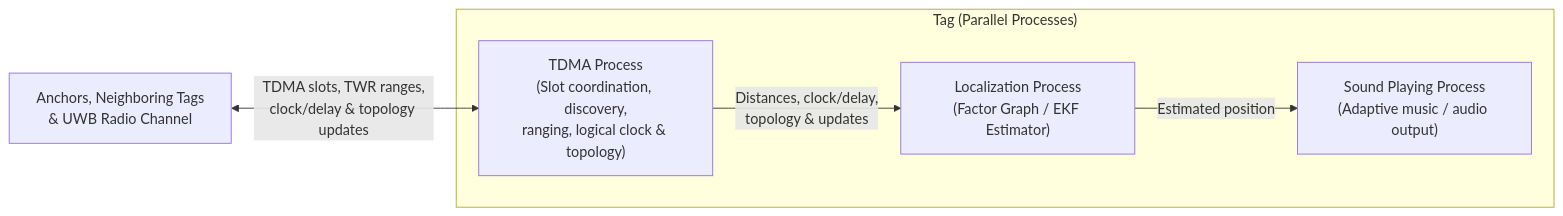
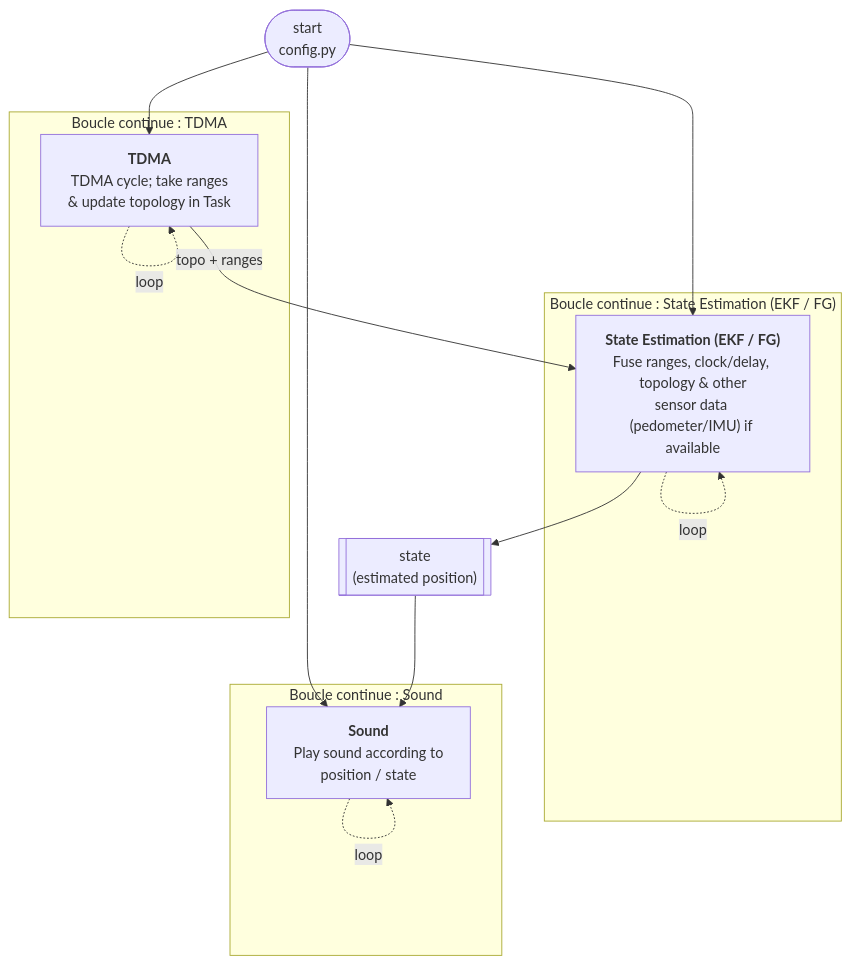
The first of 2 diagrams in README.md (dy-dx-1/clamour), drawn with Mermaid before and after one commit. The commit also changed other lines of this file, not shown here.

Commit message:
feat(README): detailled the TDMA cycle and corrected some typos

````diff
--- a/README.md
+++ b/README.md
@@ -45,14 +45,31 @@
 ```mermaid
-flowchart LR
-    subgraph Tag["Tag (Parallel Processes)"]
-        TDMA["TDMA Process<br/>(Slot coordination, discovery,<br/>ranging, logical clock & topology)"]
-        EST["Localization Process<br/>(Factor Graph / EKF Estimator)"]
-        SND["Sound Playing Process<br/>(Adaptive music / audio output)"]
+flowchart TD
+    START(["start<br/>config.py"])
+
+    subgraph LOOP_EST["Boucle continue : State Estimation (EKF / FG)"]
+        EST["<b>State Estimation (EKF / FG)</b><br/>Fuse ranges, clock/delay, topology &amp; other<br/>sensor data (pedometer/IMU) if available"]
     end
 
-    EXT["Anchors, Neighboring Tags<br/>& UWB Radio Channel"]
+    subgraph LOOP_TDMA["Boucle continue : TDMA"]
+        TDMA["<b>TDMA</b><br/>TDMA cycle; take ranges<br/>&amp; update topology in Task"]
+    end
 
-    EXT <-->|"TDMA slots, TWR ranges,<br/>clock/delay & topology updates"| TDMA
-    TDMA -->|"Distances, clock/delay,<br/>topology & updates"| EST
-    EST -->|"Estimated position"| SND
+    subgraph LOOP_SND["Boucle continue : Sound"]
+        SND["<b>Sound</b><br/>Play sound according to<br/>position / state"]
+    end
+
+    STATE[["state<br/>(estimated position)"]]
+
+    START --> EST
+
+    START --> TDMA
+    START --> SND
+
+    TDMA -->|"topo + ranges"| EST
+    EST --> STATE
+    STATE --> SND
+
+    EST -. "loop" .-> EST
+    TDMA -. "loop" .-> TDMA
+    SND -. "loop" .-> SND
 ```
````
